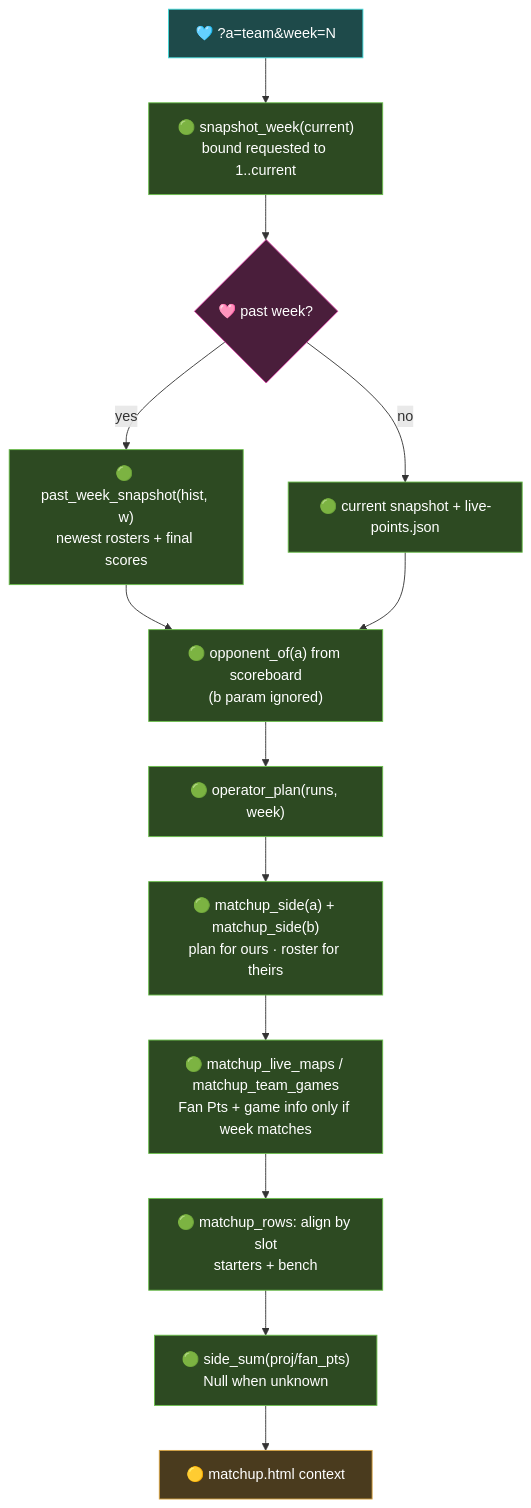
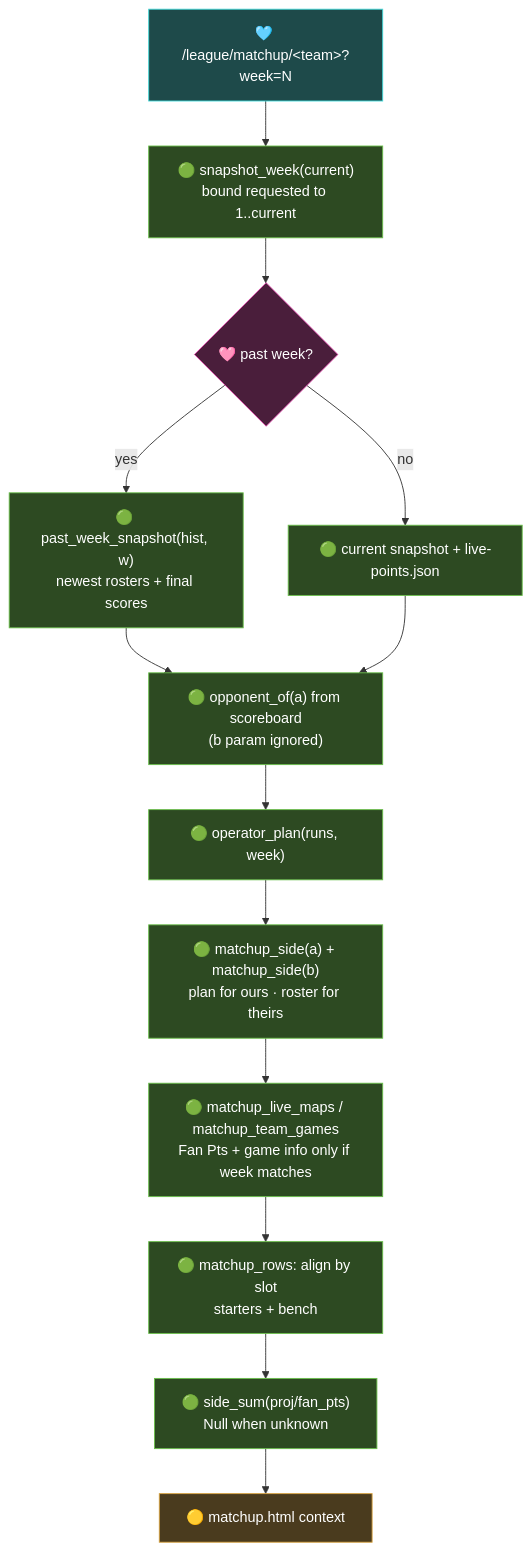
Before and after one commit to m0n3r0/nfl: the fourth of 9 diagrams in docs/RUST_WEB_ARCHITECTURE.md, drawn with Mermaid. The commit also changed other lines of this file and 6 other files, not shown here.

````diff
--- a/docs/RUST_WEB_ARCHITECTURE.md
+++ b/docs/RUST_WEB_ARCHITECTURE.md
@@ -123,23 +123,23 @@
 ```mermaid
 flowchart TD
-    Q["🩵 ?a=team&week=N"] --> W["🟢 snapshot_week(current)<br/>bound requested to 1..current"]
+    Q["🩵 /league/matchup/&lt;team&gt;?week=N"] --> W["🟢 snapshot_week(current)<br/>bound requested to 1..current"]
     W --> PAST{"🩷 past week?"}
     PAST -->|yes| MERGE["🟢 past_week_snapshot(hist, w)<br/>newest rosters + final scores"]
     PAST -->|no| NOW["🟢 current snapshot + live-points.json"]
     MERGE --> OPP["🟢 opponent_of(a) from scoreboard<br/>(b param ignored)"]
     NOW --> OPP
     OPP --> PLAN["🟢 operator_plan(runs, week)"]
     PLAN --> SIDES["🟢 matchup_side(a) + matchup_side(b)<br/>plan for ours · roster for theirs"]
     SIDES --> LIVE["🟢 matchup_live_maps / matchup_team_games<br/>Fan Pts + game info only if week matches"]
     LIVE --> ROWS["🟢 matchup_rows: align by slot<br/>starters + bench"]
     ROWS --> SUM["🟢 side_sum(proj/fan_pts)<br/>Null when unknown"]
     SUM --> CTX["🟡 matchup.html context"]
     classDef entry fill:#1e4a4a,stroke:#41d9d9,color:#fff
     classDef fn fill:#2d4a22,stroke:#6abf4b,color:#fff
     classDef guard fill:#4a1e3b,stroke:#d941a4,color:#fff
     classDef out fill:#4a3b1e,stroke:#d9a441,color:#fff
     class Q entry
     class W,MERGE,NOW,OPP,PLAN,SIDES,LIVE,ROWS,SUM fn
     class PAST guard
     class CTX out
 ```
````
